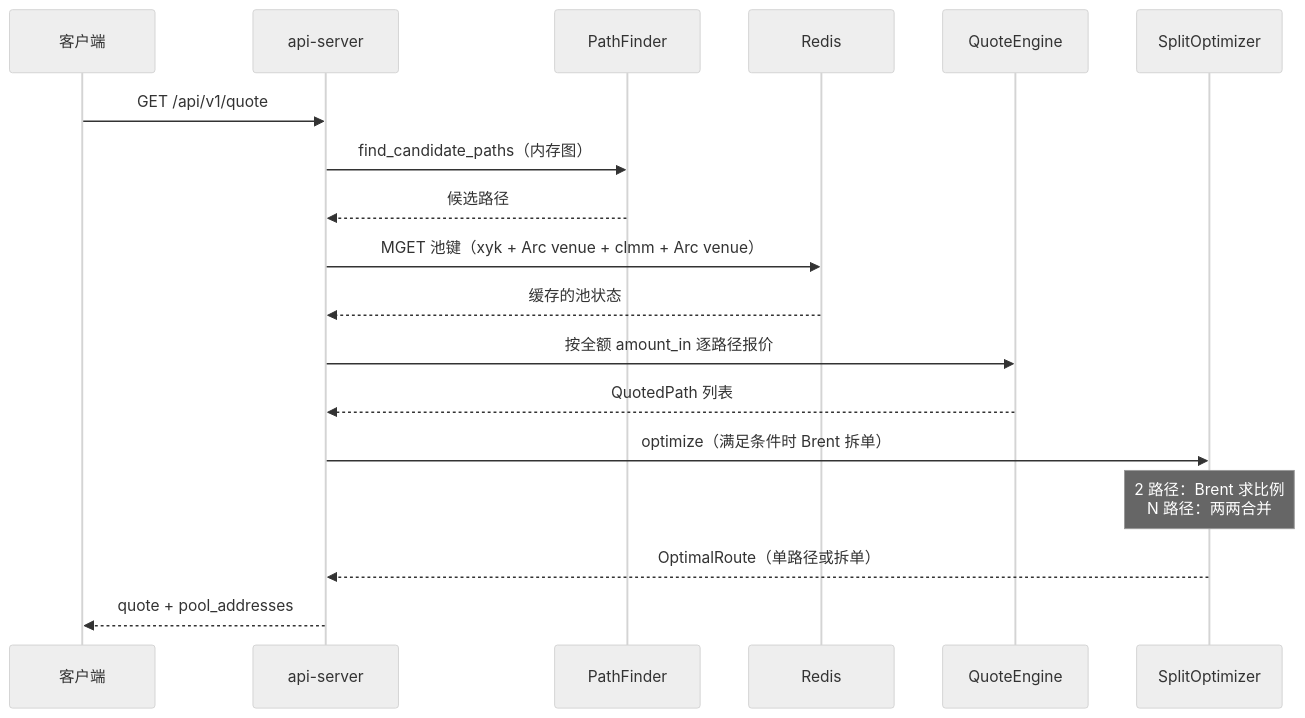
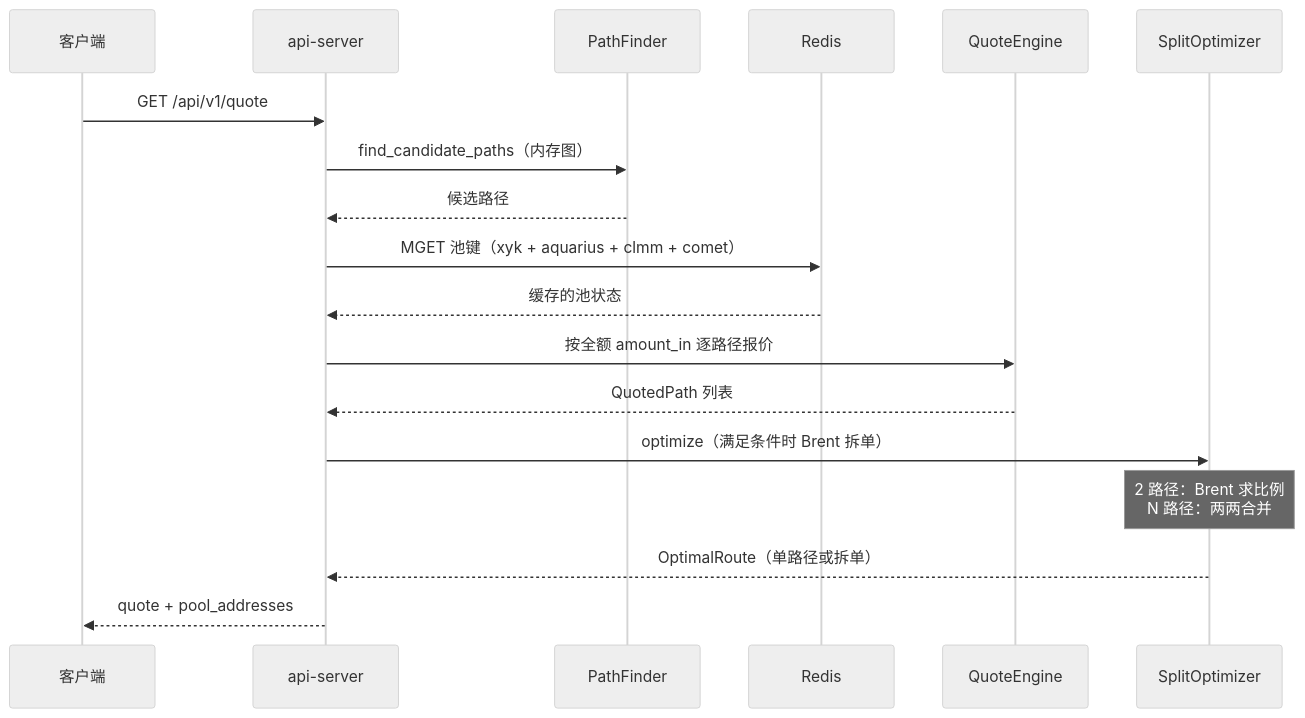
Before and after one commit to mangekyou-labs/chakra: the third of 4 diagrams in README.zh-CN.md, drawn with Mermaid (neutral theme). The commit also changed other lines of this file and 701 other files, not shown here.

````diff
--- a/README.zh-CN.md
+++ b/README.zh-CN.md
@@ -125,21 +127,21 @@
 ```mermaid
 sequenceDiagram
   participant C as 客户端
   participant API as api-server
   participant PF as PathFinder
   participant R as Redis
   participant QE as QuoteEngine
   participant SO as SplitOptimizer
 
   C->>API: GET /api/v1/quote
   API->>PF: find_candidate_paths（内存图）
   PF-->>API: 候选路径
-  API->>R: MGET 池键（xyk + Arc venue + clmm + Arc venue）
+  API->>R: MGET 池键（xyk + aquarius + clmm + comet）
   R-->>API: 缓存的池状态
   API->>QE: 按全额 amount_in 逐路径报价
   QE-->>API: QuotedPath 列表
   API->>SO: optimize（满足条件时 Brent 拆单）
   Note over SO: 2 路径：Brent 求比例<br/>N 路径：两两合并
   SO-->>API: OptimalRoute（单路径或拆单）
   API-->>C: quote + pool_addresses
 ```
````
